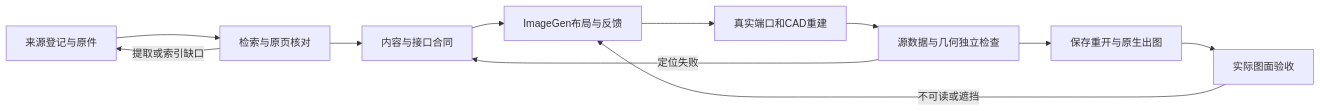
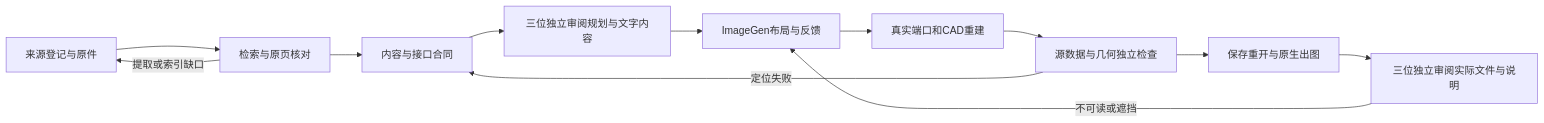
The diagram in docs/ARCHITECTURE.md (milklong888/gpt-image-chemical-pfd-pid), drawn with Mermaid before and after one commit. The commit also changed other lines of this file and 7 other files, not shown here.

````diff
--- a/docs/ARCHITECTURE.md
+++ b/docs/ARCHITECTURE.md
@@ -11,13 +11,14 @@
 ```mermaid
 flowchart LR
     A[来源登记与原件] --> B[检索与原页核对]
     B --> C[内容与接口合同]
-    C --> D[ImageGen布局与反馈]
+    C --> R[三位独立审阅规划与文字内容]
+    R --> D[ImageGen布局与反馈]
     D --> E[真实端口和CAD重建]
     E --> F[源数据与几何独立检查]
     F --> G[保存重开与原生出图]
-    G --> H[实际图面验收]
+    G --> H[三位独立审阅实际文件与说明]
     B -->|提取或索引缺口| A
     F -->|定位失败| C
     H -->|不可读或遮挡| D
 ```
````
